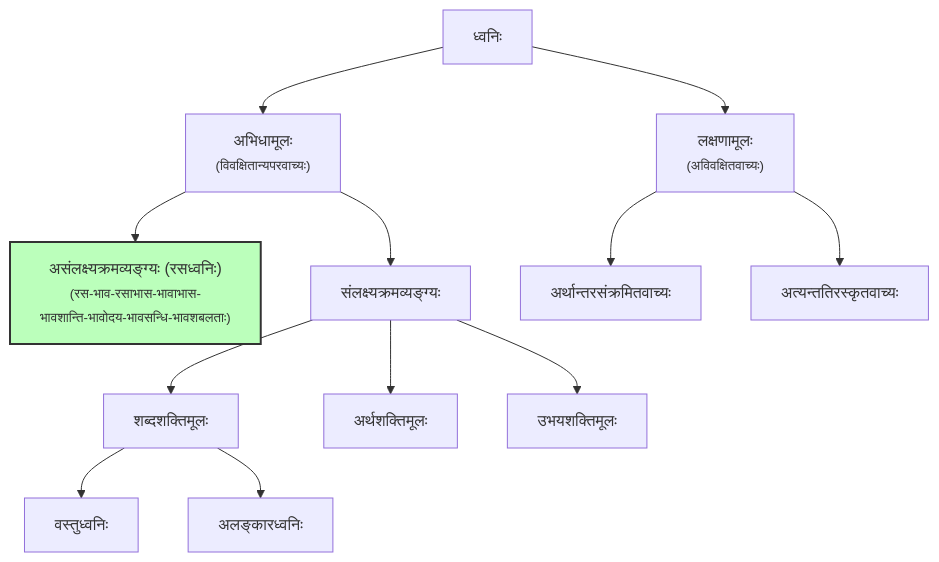
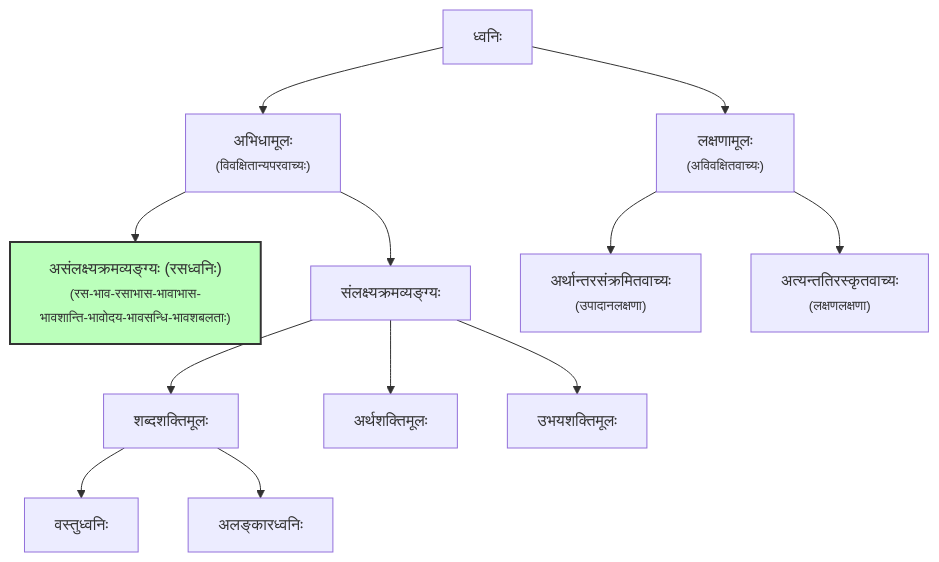
The second of 2 diagrams in contents/shastra/sahitya/rgd/01/rgd1-07.md (vagvibha/sahitya), drawn with Mermaid before and after one commit. The commit also changed other lines of this file and 7 other files, not shown here.

````diff
--- a/contents/shastra/sahitya/rgd/01/rgd1-07.md
+++ b/contents/shastra/sahitya/rgd/01/rgd1-07.md
@@ -39,23 +41,23 @@
 ```mermaid
 flowchart TD
 
     D[ध्वनिः] --> A["अभिधामूलः<br><small>(विवक्षितान्यपरवाच्यः)</small>"]
     D --> L["लक्षणामूलः<br><small>(अविवक्षितवाच्यः)</small>"]
 
     A --> ASK["असंलक्ष्यक्रमव्यङ्ग्यः (रसध्वनिः)<br><small>(रस-भाव-रसाभास-भावाभास-<br>भावशान्ति-भावोदय-भावसन्धि-भावशबलताः)</small>"]
     A --> SK["संलक्ष्यक्रमव्यङ्ग्यः"]
 
     SK --> SSM["शब्दशक्तिमूलः"]
     SK --> ASM["अर्थशक्तिमूलः"]
     SK --> USM["उभयशक्तिमूलः"]
 
     SSM --> V[वस्तुध्वनिः]
     SSM --> AD[अलङ्कारध्वनिः]
     
-    L --> AS[अर्थान्तरसंक्रमितवाच्यः]
-    L --> AT[अत्यन्ततिरस्कृतवाच्यः]
+    L --> AS["अर्थान्तरसंक्रमितवाच्यः<br><small>(उपादानलक्षणा)</small>"]
+    L --> AT["अत्यन्ततिरस्कृतवाच्यः<br><small>(लक्षणलक्षणा)</small>"]
     
     classDef atma fill:#bfb,stroke:#333,stroke-width:2px;
     class ASK atma
     
 ```
````
